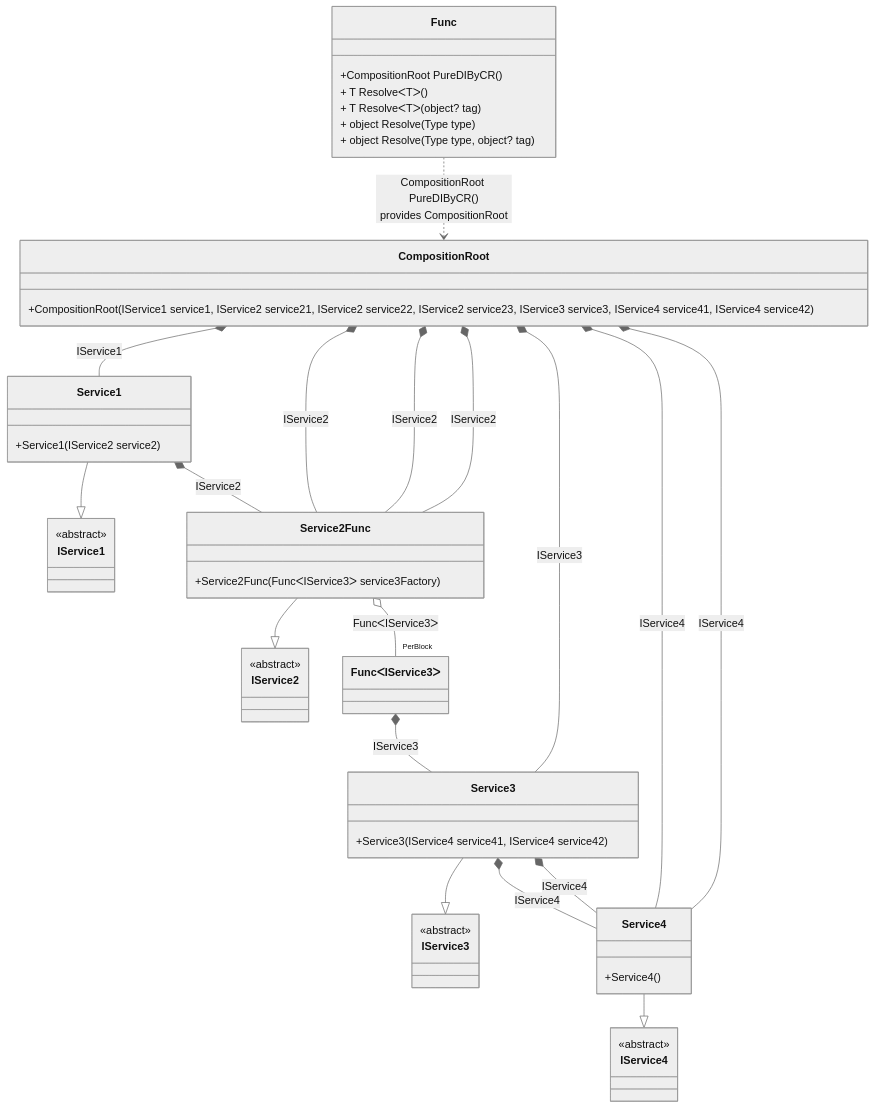
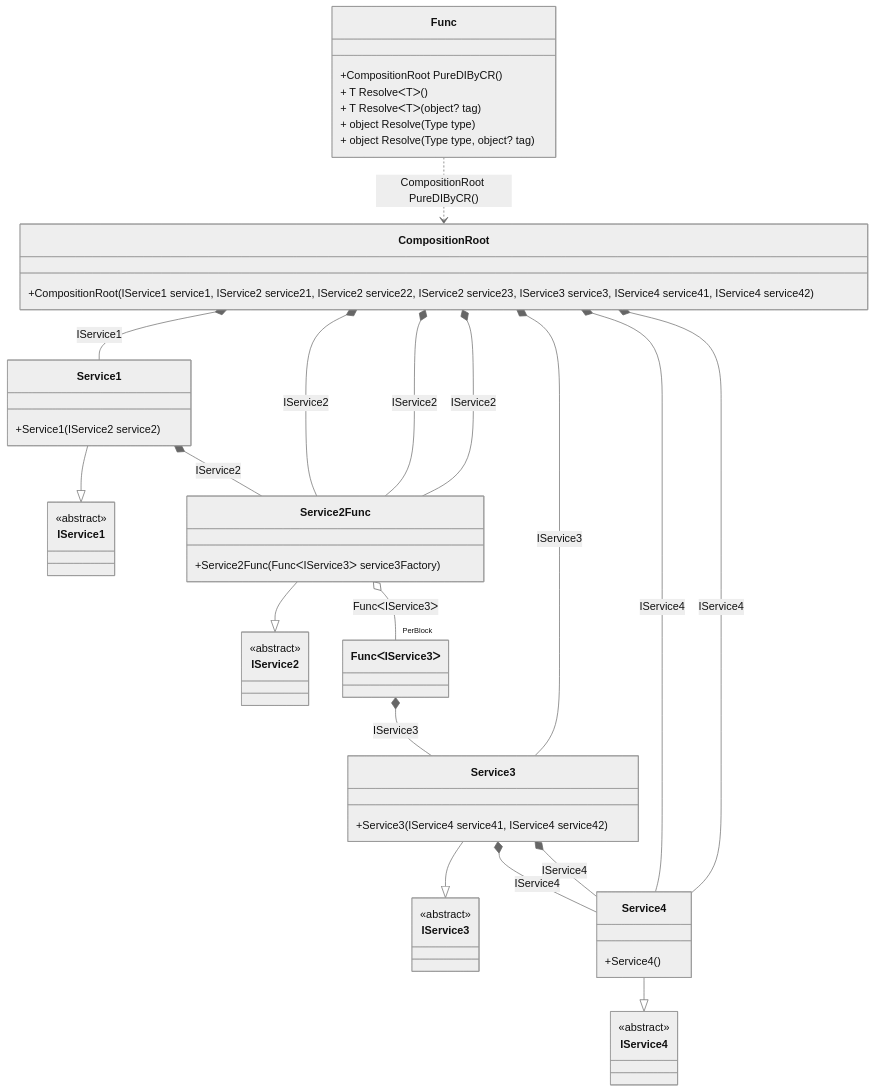
One commit to DevTeam/Pure.DI changed the diagram in readme/FuncDetails.md. Above: the diagram before and after it, drawn with Mermaid (neutral theme). The commit also changed other lines of this file and 74 other files, not shown here.

````diff
--- a/readme/FuncDetails.md
+++ b/readme/FuncDetails.md
@@ -6,55 +6,55 @@
 ```mermaid
 classDiagram
   class Func {
     +CompositionRoot PureDIByCR()
     + T ResolveᐸTᐳ()
     + T ResolveᐸTᐳ(object? tag)
     + object Resolve(Type type)
     + object Resolve(Type type, object? tag)
   }
   class CompositionRoot {
     +CompositionRoot(IService1 service1, IService2 service21, IService2 service22, IService2 service23, IService3 service3, IService4 service41, IService4 service42)
   }
   Service1 --|> IService1 : 
   class Service1 {
     +Service1(IService2 service2)
   }
   Service2Func --|> IService2 : 
   class Service2Func {
     +Service2Func(FuncᐸIService3ᐳ service3Factory)
   }
   Service3 --|> IService3 : 
   class Service3 {
     +Service3(IService4 service41, IService4 service42)
   }
   Service4 --|> IService4 : 
   class Service4 {
     +Service4()
   }
   class FuncᐸIService3ᐳ
   class IService1 {
     <<abstract>>
   }
   class IService2 {
     <<abstract>>
   }
   class IService3 {
     <<abstract>>
   }
   class IService4 {
     <<abstract>>
   }
   CompositionRoot *--  Service1 : IService1
   CompositionRoot *--  Service2Func : IService2
   CompositionRoot *--  Service2Func : IService2
   CompositionRoot *--  Service2Func : IService2
   CompositionRoot *--  Service3 : IService3
   CompositionRoot *--  Service4 : IService4
   CompositionRoot *--  Service4 : IService4
   Service1 *--  Service2Func : IService2
   Service2Func o--  "PerBlock" FuncᐸIService3ᐳ : FuncᐸIService3ᐳ
   Service3 *--  Service4 : IService4
   Service3 *--  Service4 : IService4
-  Func ..> CompositionRoot : CompositionRoot PureDIByCR()<br/>provides CompositionRoot
+  Func ..> CompositionRoot : CompositionRoot PureDIByCR()
   FuncᐸIService3ᐳ *--  Service3 : IService3
 ```
````
